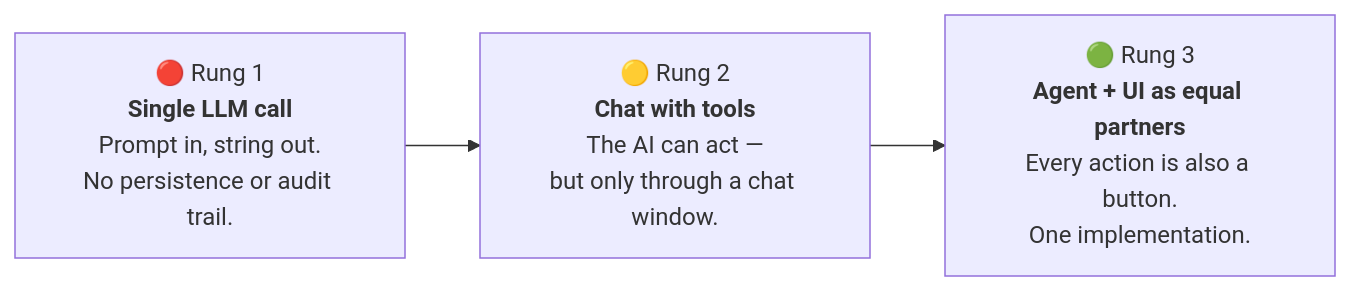
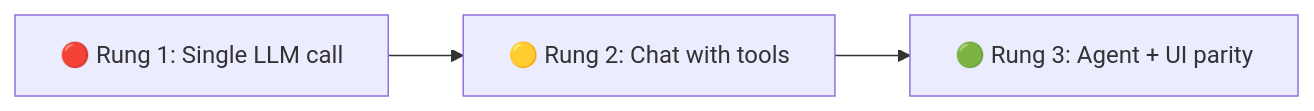
Before and after one commit to BuilderIO/agent-native: the diagram in packages/core/docs/content/what-is-agent-native.mdx, drawn with Mermaid.

Commit message:
Simplify Mermaid ladder nodes to plain single-line labels
The renderer does not support HTML tags in node labels — <br> and <b>
were rendering as literal text. Short plain labels keep the diagram clean;
the surrounding prose carries the descriptions.

````diff
--- a/packages/core/docs/content/what-is-agent-native.mdx
+++ b/packages/core/docs/content/what-is-agent-native.mdx
@@ -52,7 +52,7 @@
 ```mermaid
 graph LR
-  R1["🔴 Rung 1<br/><b>Single LLM call</b><br/>Prompt in, string out.<br/>No persistence or audit trail."]
-  R2["🟡 Rung 2<br/><b>Chat with tools</b><br/>The AI can act —<br/>but only through a chat window."]
-  R3["🟢 Rung 3<br/><b>Agent + UI as equal partners</b><br/>Every action is also a button.<br/>One implementation."]
+  R1["🔴 Rung 1: Single LLM call"]
+  R2["🟡 Rung 2: Chat with tools"]
+  R3["🟢 Rung 3: Agent + UI parity"]
   R1 --> R2 --> R3
 ```
````
